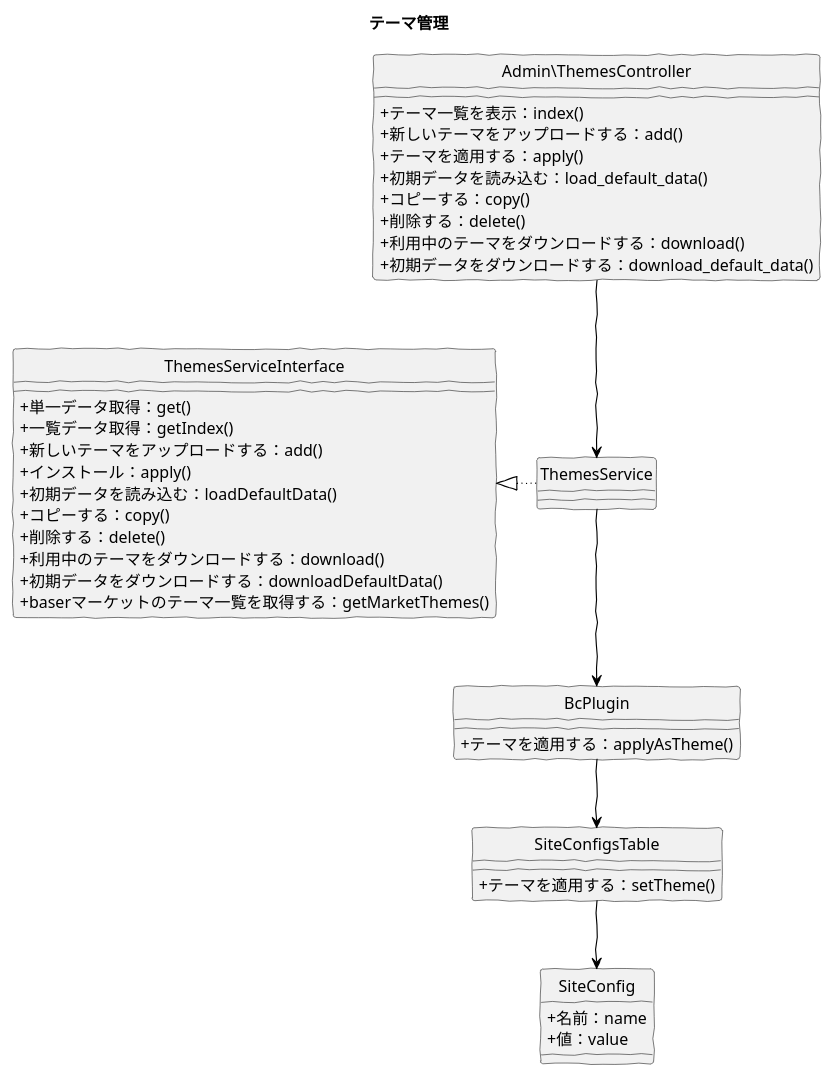
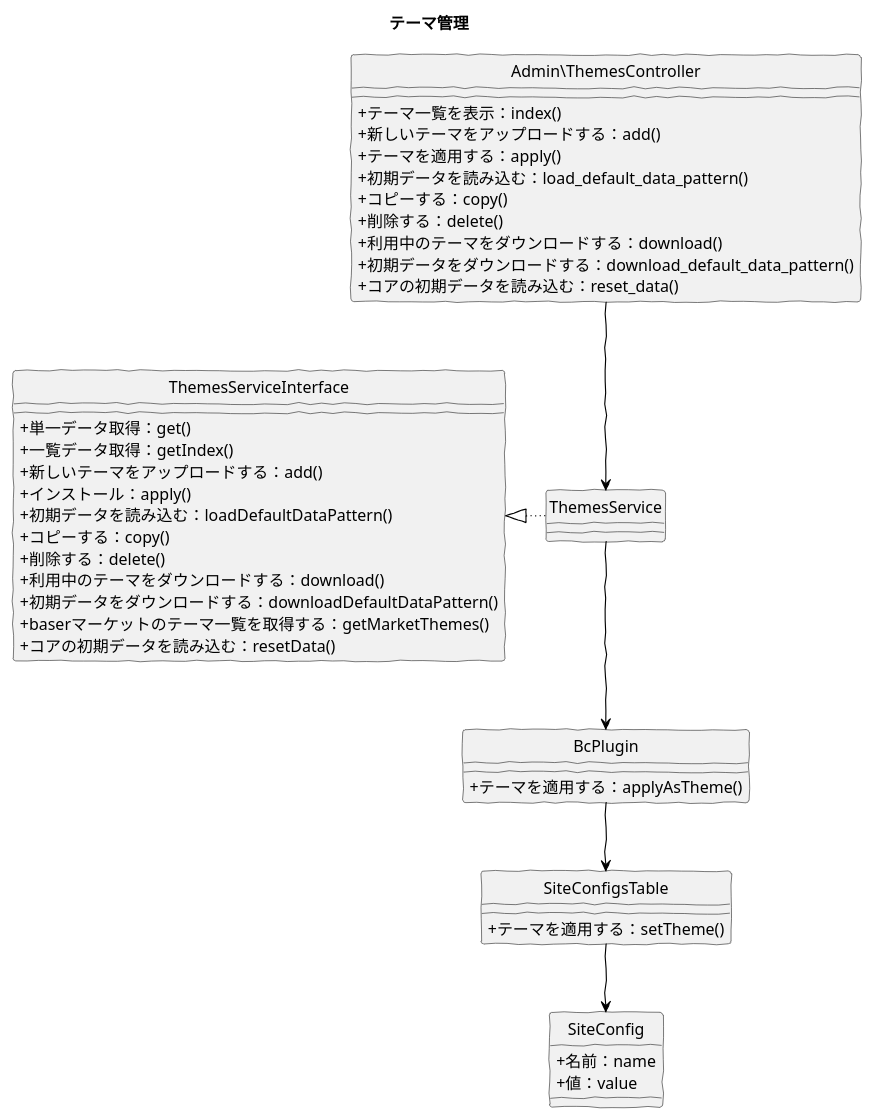
Before and after one commit to baserproject/baserproject.github.io: the diagram in src/puml/5/ucmitz/svg/class/manage_themes.puml, drawn with PlantUML. The commit also changed 4 other files, not shown here.

```diff
--- a/src/puml/5/ucmitz/svg/class/manage_themes.puml
+++ b/src/puml/5/ucmitz/svg/class/manage_themes.puml
@@ -1,55 +1,57 @@
 @startuml
 skinparam handwritten true
 skinparam backgroundColor white
 hide circle
 skinparam classAttributeIconSize 0
 
 title テーマ管理
 
 class Admin\ThemesController {
   + テーマ一覧を表示：index()
   + 新しいテーマをアップロードする：add()
   + テーマを適用する：apply()
-  + 初期データを読み込む：load_default_data()
+  + 初期データを読み込む：load_default_data_pattern()
   + コピーする：copy()
   + 削除する：delete()
   + 利用中のテーマをダウンロードする：download()
-  + 初期データをダウンロードする：download_default_data()
+  + 初期データをダウンロードする：download_default_data_pattern()
+  + コアの初期データを読み込む：reset_data()
 }
 
 class ThemesService {
 }
 
 class ThemesServiceInterface {
   + 単一データ取得：get()
   + 一覧データ取得：getIndex()
 	+ 新しいテーマをアップロードする：add()
   + インストール：apply()
-	+ 初期データを読み込む：loadDefaultData()
+	+ 初期データを読み込む：loadDefaultDataPattern()
 	+ コピーする：copy()
   + 削除する：delete()
   + 利用中のテーマをダウンロードする：download()
-  + 初期データをダウンロードする：downloadDefaultData()
+  + 初期データをダウンロードする：downloadDefaultDataPattern()
   + baserマーケットのテーマ一覧を取得する：getMarketThemes()
+  + コアの初期データを読み込む：resetData()
 }
 
 class BcPlugin {
 	+ テーマを適用する：applyAsTheme()
 }
 
 class SiteConfigsTable {
   + テーマを適用する：setTheme()
 }
 
 class SiteConfig {
 	+ 名前：name
 	+ 値：value
 }
 
 Admin\ThemesController -down[#Black]-> ThemesService
 ThemesService -down[#Black]-> BcPlugin
 BcPlugin -down[#Black]-> SiteConfigsTable
 ThemesService -left[dotted,#Black]-|> ThemesServiceInterface
 SiteConfigsTable -down[#Black]-> SiteConfig
 
 @enduml
```
